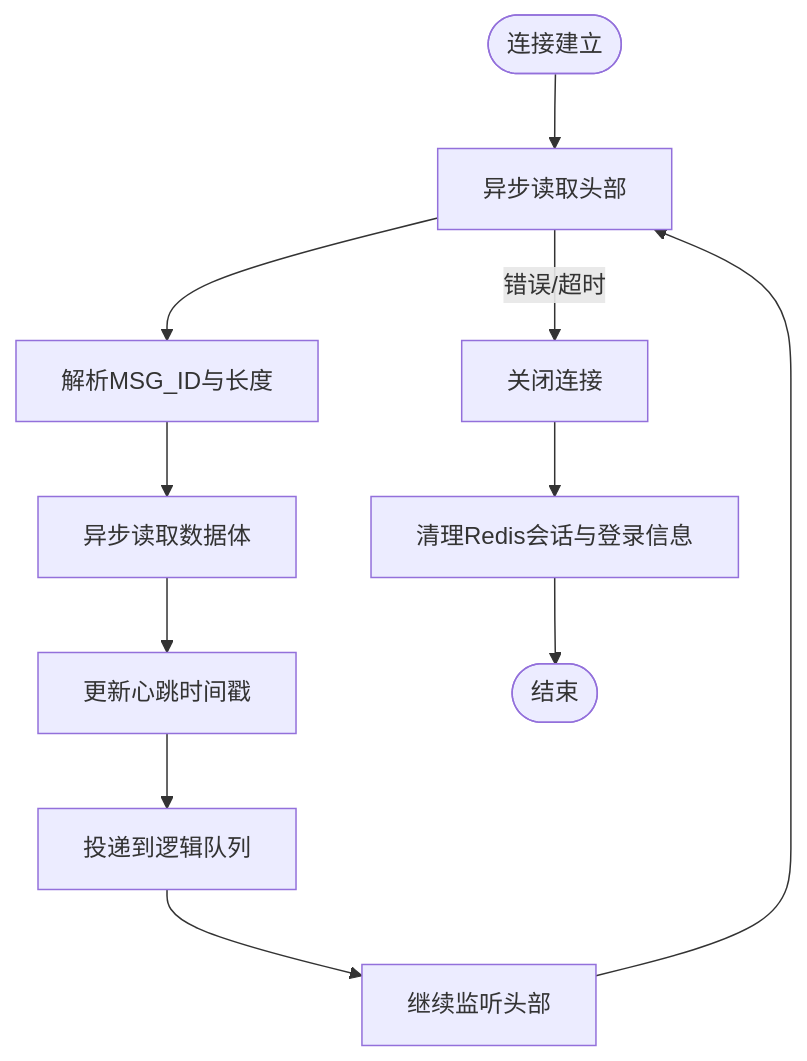
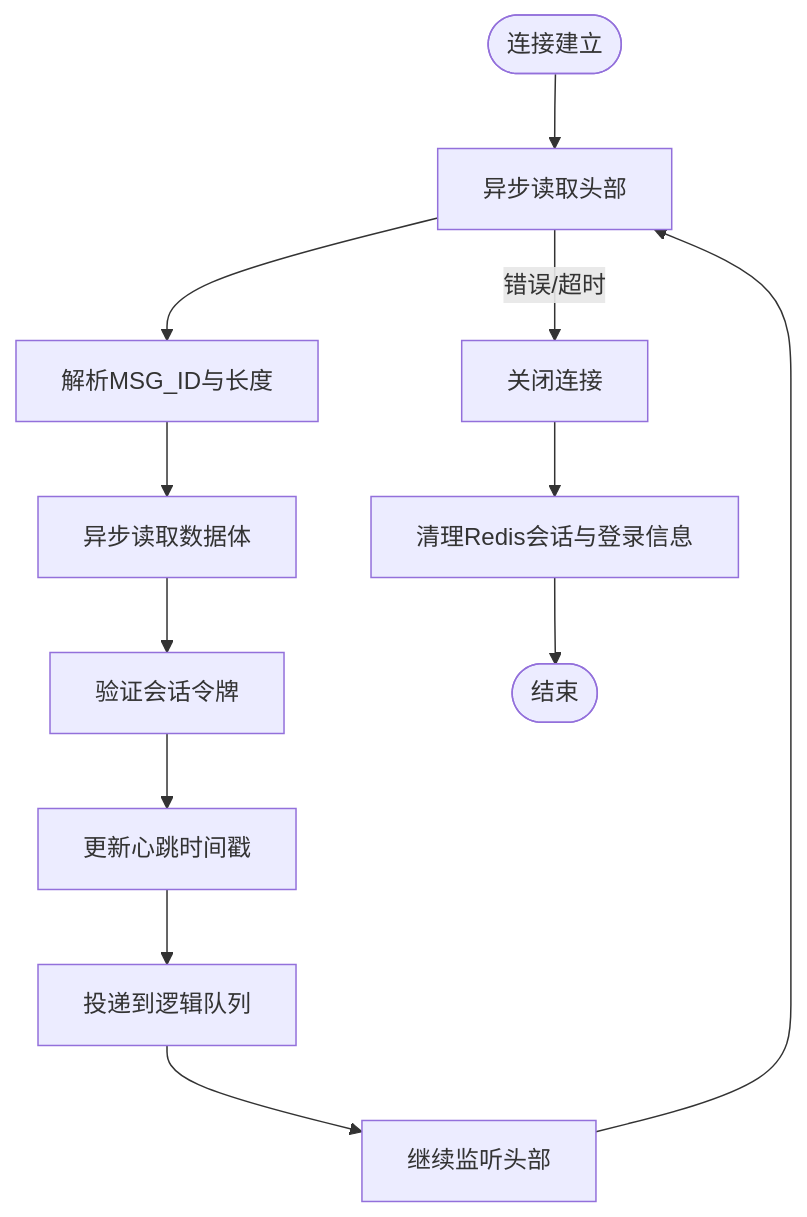
Before and after one commit to echo9923/mychatter: the fifth of 9 diagrams in .qoder/repowiki/zh/content/安全设计/数据安全保护/会话管理安全.md, drawn with Mermaid. The commit also changed other lines of this file and 107 other files, not shown here.

````diff
--- a/.qoder/repowiki/zh/content/安全设计/数据安全保护/会话管理安全.md
+++ b/.qoder/repowiki/zh/content/安全设计/数据安全保护/会话管理安全.md
@@ -169,13 +210,14 @@
 ```mermaid
 flowchart TD
 Start(["连接建立"]) --> ReadHead["异步读取头部"]
 ReadHead --> ParseHead["解析MSG_ID与长度"]
 ParseHead --> ReadBody["异步读取数据体"]
-ReadBody --> UpdateHB["更新心跳时间戳"]
+ReadBody --> ValidateToken["验证会话令牌"]
+ValidateToken --> UpdateHB["更新心跳时间戳"]
 UpdateHB --> PostMsg["投递到逻辑队列"]
 PostMsg --> NextRead["继续监听头部"]
 NextRead --> ReadHead
 ReadHead --> |错误/超时| CloseConn["关闭连接"]
 CloseConn --> CleanUp["清理Redis会话与登录信息"]
 CleanUp --> End(["结束"])
 ```
````
